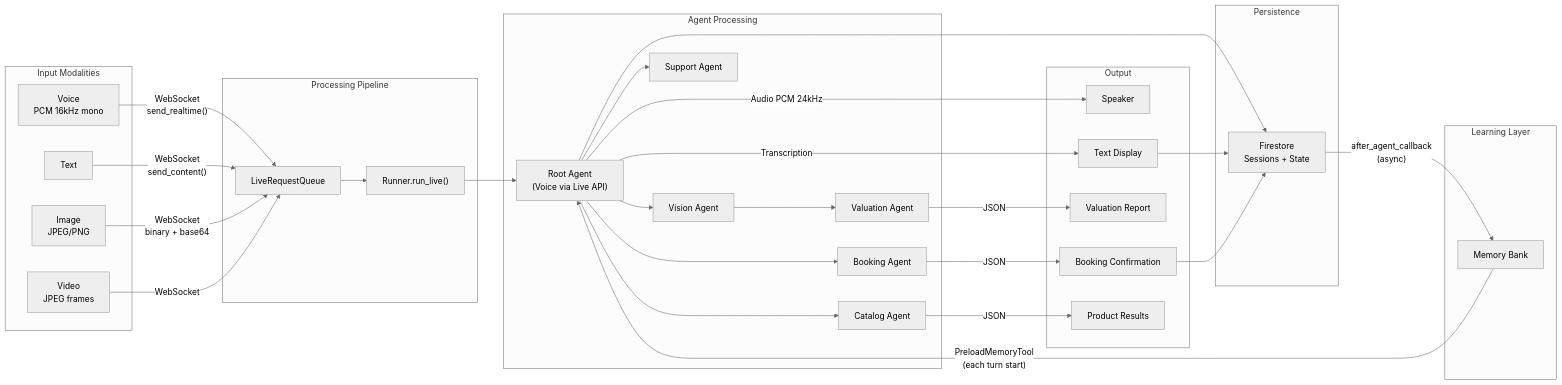
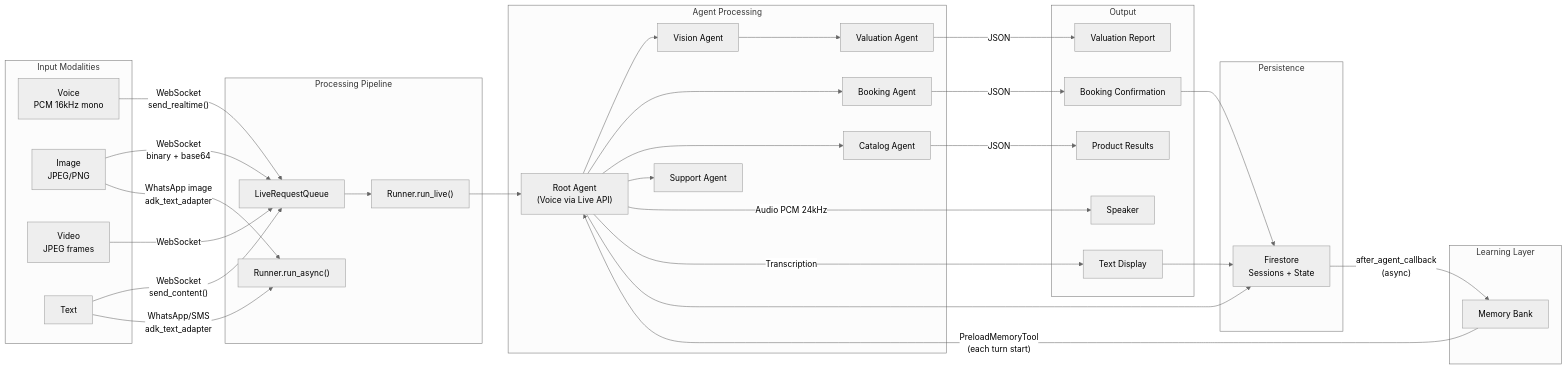
One commit to ogabasseyy/ekaette changed the third of 4 diagrams in docs/architecture/01-core-platform.md. Above: the diagram before and after it, drawn with Mermaid (neutral theme). The commit also changed other lines of this file and 12 other files, not shown here.

First line of the commit message:
Route WhatsApp text/image through ADK agent graph

````diff
--- a/docs/architecture/01-core-platform.md
+++ b/docs/architecture/01-core-platform.md
@@ -291,46 +300,49 @@
 ```mermaid
 graph LR
     subgraph "Input Modalities"
         VOICE["Voice<br/>PCM 16kHz mono"]
         IMAGE["Image<br/>JPEG/PNG"]
         VIDEO["Video<br/>JPEG frames"]
         TEXT["Text"]
     end
 
     subgraph "Processing Pipeline"
         VOICE -->|"WebSocket<br/>send_realtime()"| LRQ["LiveRequestQueue"]
         TEXT -->|"WebSocket<br/>send_content()"| LRQ
         IMAGE -->|"WebSocket<br/>binary + base64"| LRQ
         VIDEO -->|"WebSocket"| LRQ
 
         LRQ --> RUNNER["Runner.run_live()"]
+
+        TEXT -->|"WhatsApp/SMS<br/>adk_text_adapter"| RUNNER2["Runner.run_async()"]
+        IMAGE -->|"WhatsApp image<br/>adk_text_adapter"| RUNNER2
     end
 
     subgraph "Agent Processing"
         RUNNER --> ROOT["Root Agent<br/>(Voice via Live API)"]
         ROOT --> VA["Vision Agent"]
         ROOT --> BA["Booking Agent"]
         ROOT --> CA["Catalog Agent"]
         ROOT --> SA["Support Agent"]
         VA --> VLA["Valuation Agent"]
     end
 
     subgraph "Output"
         ROOT -->|"Audio PCM 24kHz"| SPEAKER["Speaker"]
         ROOT -->|"Transcription"| TRANSCRIPT["Text Display"]
         VLA -->|"JSON"| REPORT["Valuation Report"]
         BA -->|"JSON"| CONFIRM["Booking Confirmation"]
         CA -->|"JSON"| RESULTS["Product Results"]
     end
 
     subgraph "Persistence"
         ROOT --> FS["Firestore<br/>Sessions + State"]
         TRANSCRIPT --> FS
         CONFIRM --> FS
     end
 
     subgraph "Learning Layer"
         FS -->|"after_agent_callback<br/>(async)"| MB2["Memory Bank"]
         MB2 -->|"PreloadMemoryTool<br/>(each turn start)"| ROOT
     end
 ```
````
